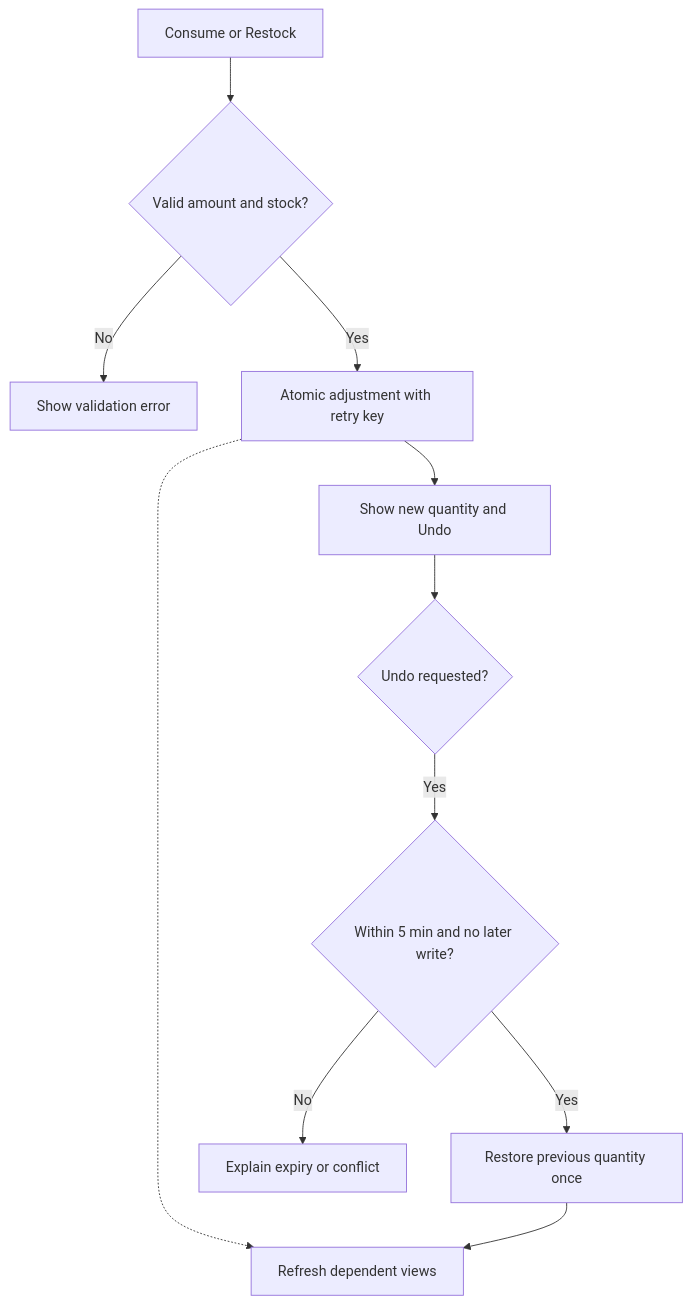
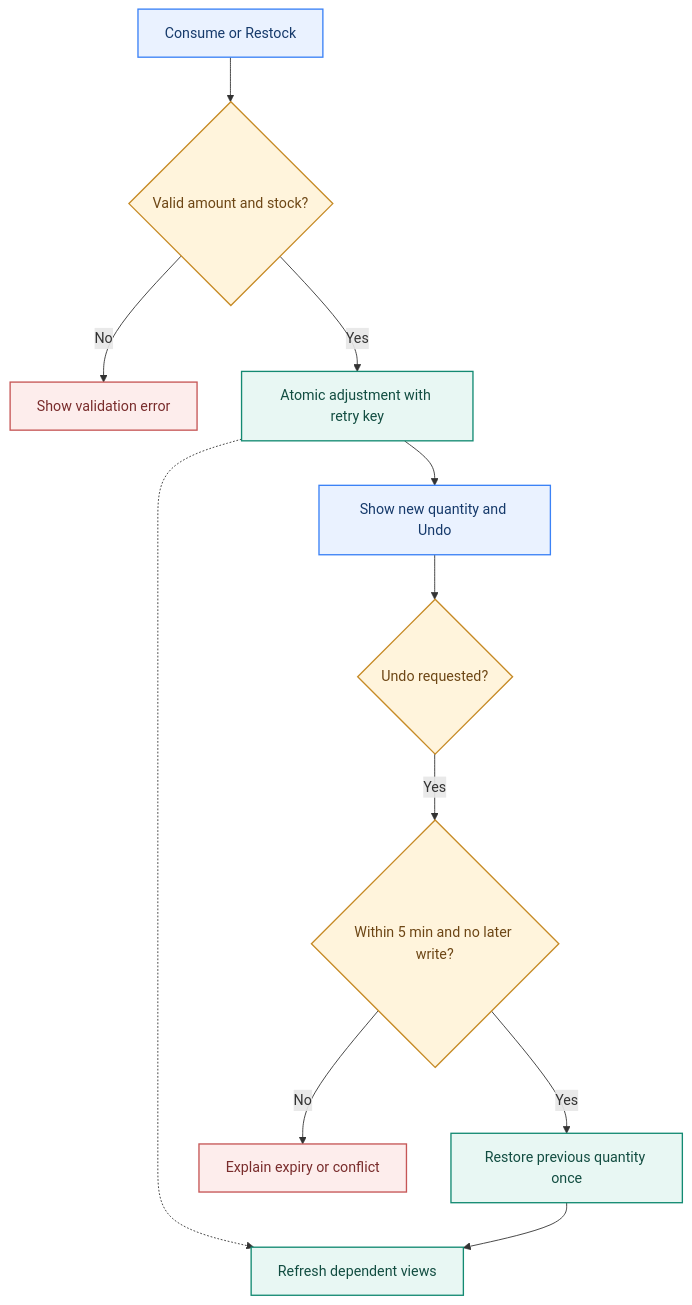
One commit to chankiahuja/pantry-pal changed the fourth of 7 diagrams in docs/ARCHITECTURE.md. Above: the diagram before and after it, drawn with Mermaid. The commit also changed other lines of this file, not shown here.

Commit message:
docs: visually style architecture diagrams with consistent Mermaid palette and sequence numbering

````diff
--- a/docs/ARCHITECTURE.md
+++ b/docs/ARCHITECTURE.md
@@ -65,13 +90,22 @@
 ```mermaid
 flowchart TD
     Edit["Consume or Restock"] --> Valid{"Valid amount and stock?"}
     Valid -->|No| Error["Show validation error"]
     Valid -->|Yes| Save["Atomic adjustment with retry key"]
     Save --> Confirm["Show new quantity and Undo"]
     Confirm --> Undo{"Undo requested?"}
     Undo -->|Yes| Check{"Within 5 min and no later write?"}
     Check -->|Yes| Restore["Restore previous quantity once"]
     Check -->|No| Conflict["Explain expiry or conflict"]
     Save -.-> Refresh["Refresh dependent views"]
     Restore --> Refresh
+
+    classDef action fill:#EAF2FF,stroke:#3B82F6,color:#163A6B,stroke-width:1.5px
+    classDef decision fill:#FFF4DC,stroke:#C68A25,color:#6D4615,stroke-width:1.5px
+    classDef success fill:#E8F7F3,stroke:#138A72,color:#124D41,stroke-width:1.5px
+    classDef failure fill:#FDEDEC,stroke:#C65656,color:#792C2C,stroke-width:1.5px
+    class Edit,Confirm action
+    class Valid,Undo,Check decision
+    class Save,Restore,Refresh success
+    class Error,Conflict failure
 ```
````
